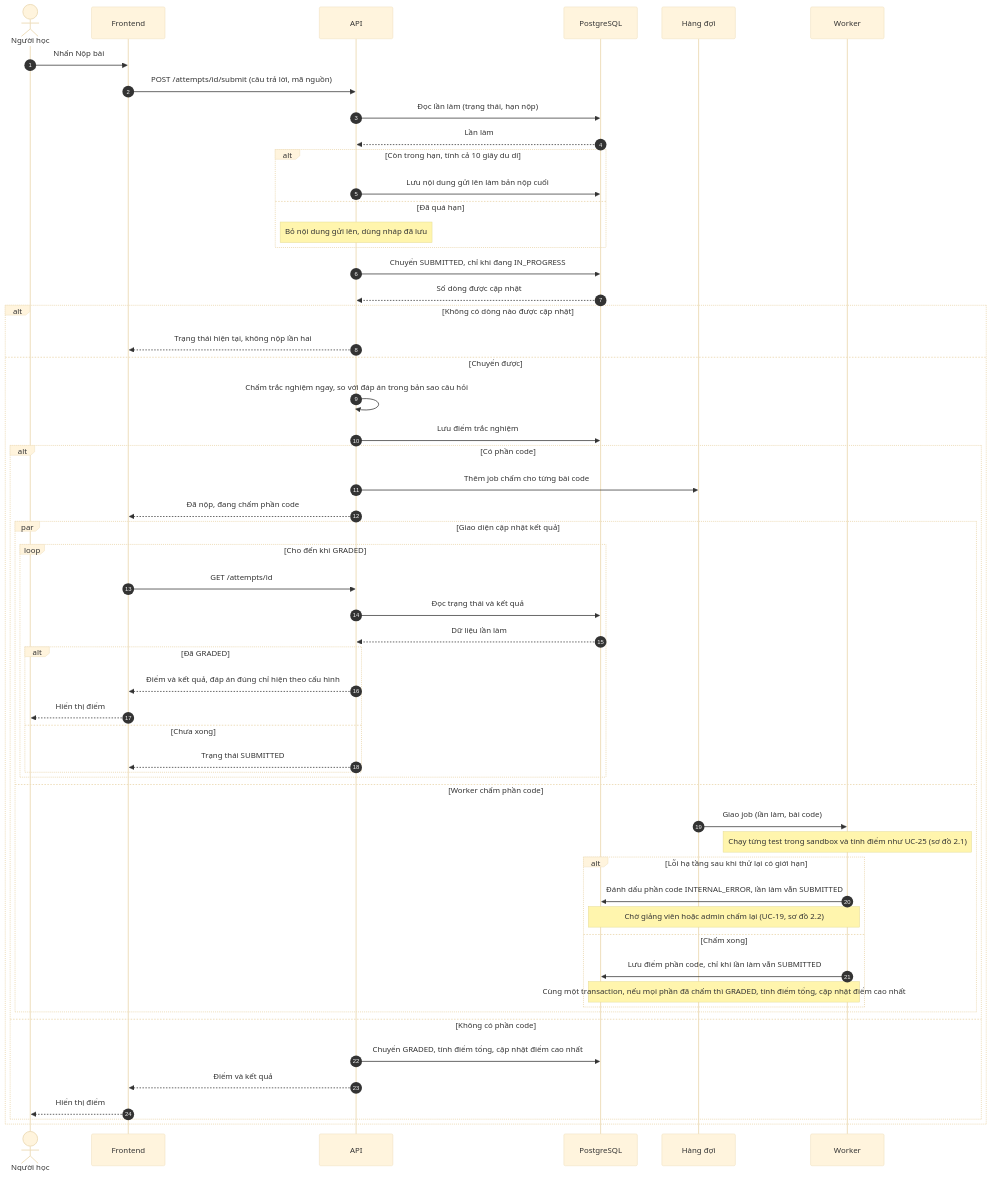
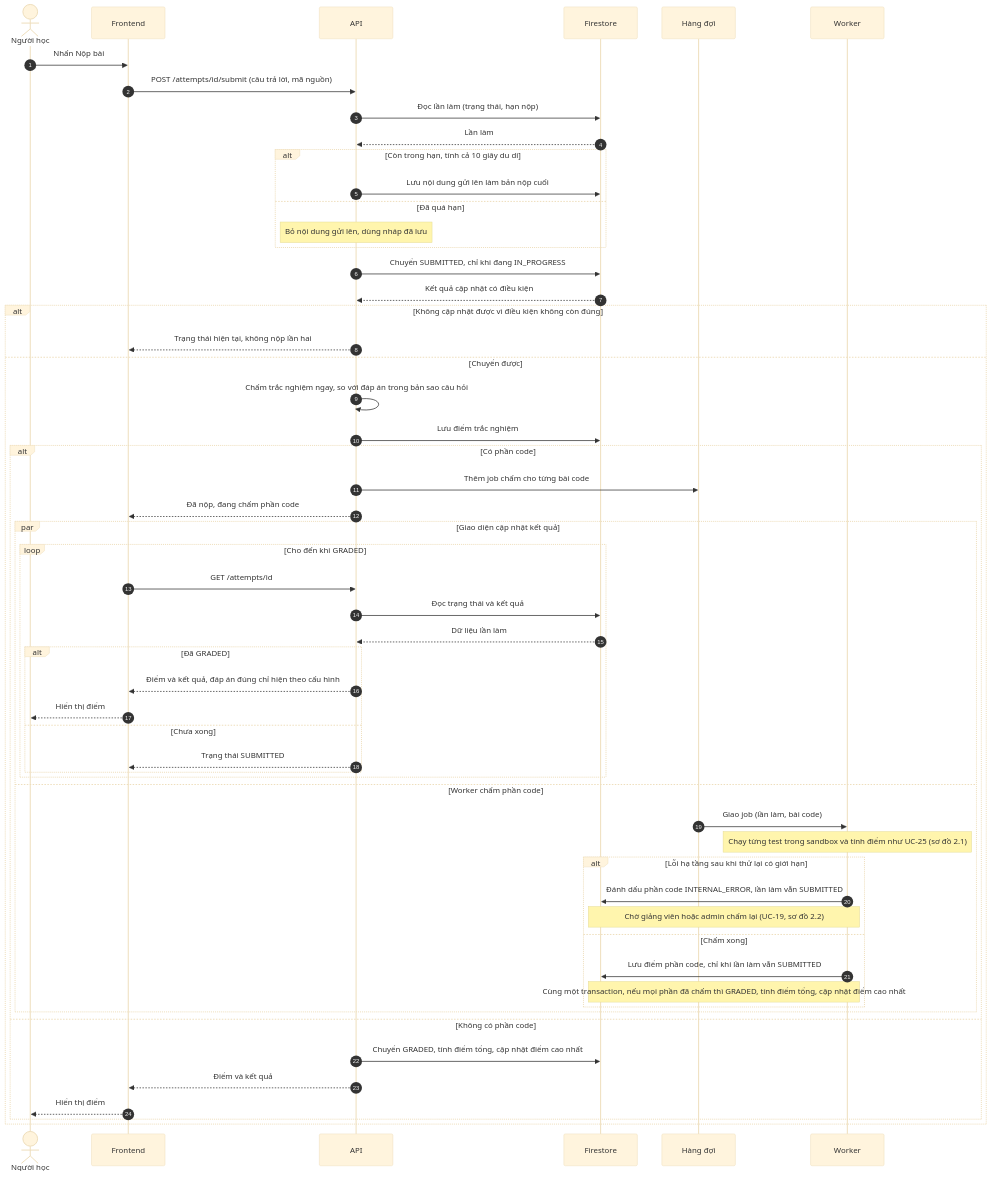
Before and after one commit to krisaleth/codepath: the fourth of 13 diagrams in docs/sequence-diagram.md, drawn with Mermaid (base theme). The commit also changed other lines of this file and 9 other files, not shown here.

First line of the commit message:
docs: đổi cơ sở dữ liệu từ PostgreSQL và Prisma sang Cloud Firestore

````diff
--- a/docs/sequence-diagram.md
+++ b/docs/sequence-diagram.md
@@ -259,65 +270,65 @@
 ```mermaid
 sequenceDiagram
   autonumber
   actor L as Người học
   participant FE as Frontend
   participant API as API
-  participant DB as PostgreSQL
+  participant DB as Firestore
   participant Q as Hàng đợi
   participant W as Worker
 
   L->>FE: Nhấn Nộp bài
   FE->>API: POST /attempts/id/submit (câu trả lời, mã nguồn)
   API->>DB: Đọc lần làm (trạng thái, hạn nộp)
   DB-->>API: Lần làm
 
   alt Còn trong hạn, tính cả 10 giây du di
     API->>DB: Lưu nội dung gửi lên làm bản nộp cuối
   else Đã quá hạn
     Note over API: Bỏ nội dung gửi lên, dùng nháp đã lưu
   end
 
   API->>DB: Chuyển SUBMITTED, chỉ khi đang IN_PROGRESS
-  DB-->>API: Số dòng được cập nhật
+  DB-->>API: Kết quả cập nhật có điều kiện
 
-  alt Không có dòng nào được cập nhật
+  alt Không cập nhật được vì điều kiện không còn đúng
     API-->>FE: Trạng thái hiện tại, không nộp lần hai
   else Chuyển được
     API->>API: Chấm trắc nghiệm ngay, so với đáp án trong bản sao câu hỏi
     API->>DB: Lưu điểm trắc nghiệm
 
     alt Có phần code
       API->>Q: Thêm job chấm cho từng bài code
       API-->>FE: Đã nộp, đang chấm phần code
 
       par Giao diện cập nhật kết quả
         loop Cho đến khi GRADED
           FE->>API: GET /attempts/id
           API->>DB: Đọc trạng thái và kết quả
           DB-->>API: Dữ liệu lần làm
           alt Đã GRADED
             API-->>FE: Điểm và kết quả, đáp án đúng chỉ hiện theo cấu hình
             FE-->>L: Hiển thị điểm
           else Chưa xong
             API-->>FE: Trạng thái SUBMITTED
           end
         end
       and Worker chấm phần code
         Q->>W: Giao job (lần làm, bài code)
         Note over W: Chạy từng test trong sandbox và tính điểm như UC-25 (sơ đồ 2.1)
 
         alt Lỗi hạ tầng sau khi thử lại có giới hạn
           W->>DB: Đánh dấu phần code INTERNAL_ERROR, lần làm vẫn SUBMITTED
           Note over W,DB: Chờ giảng viên hoặc admin chấm lại (UC-19, sơ đồ 2.2)
         else Chấm xong
           W->>DB: Lưu điểm phần code, chỉ khi lần làm vẫn SUBMITTED
           Note over W,DB: Cùng một transaction, nếu mọi phần đã chấm thì GRADED, tính điểm tổng, cập nhật điểm cao nhất
         end
       end
     else Không có phần code
       API->>DB: Chuyển GRADED, tính điểm tổng, cập nhật điểm cao nhất
       API-->>FE: Điểm và kết quả
       FE-->>L: Hiển thị điểm
     end
   end
 ```
````
